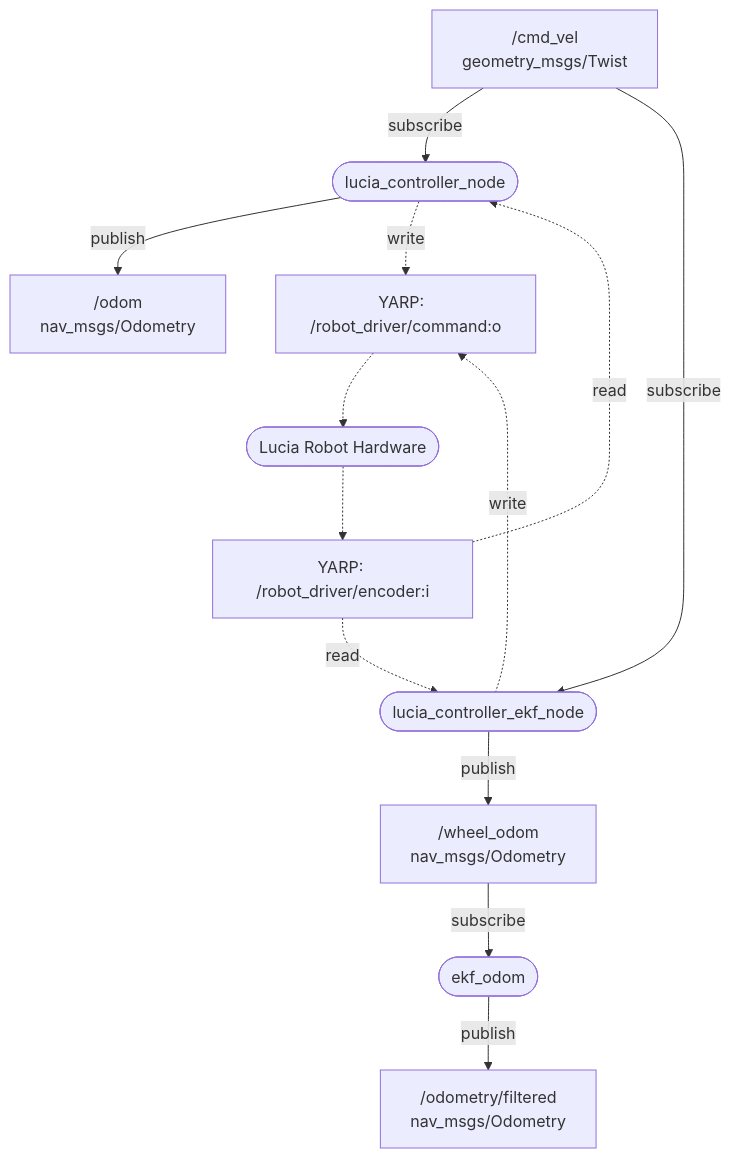
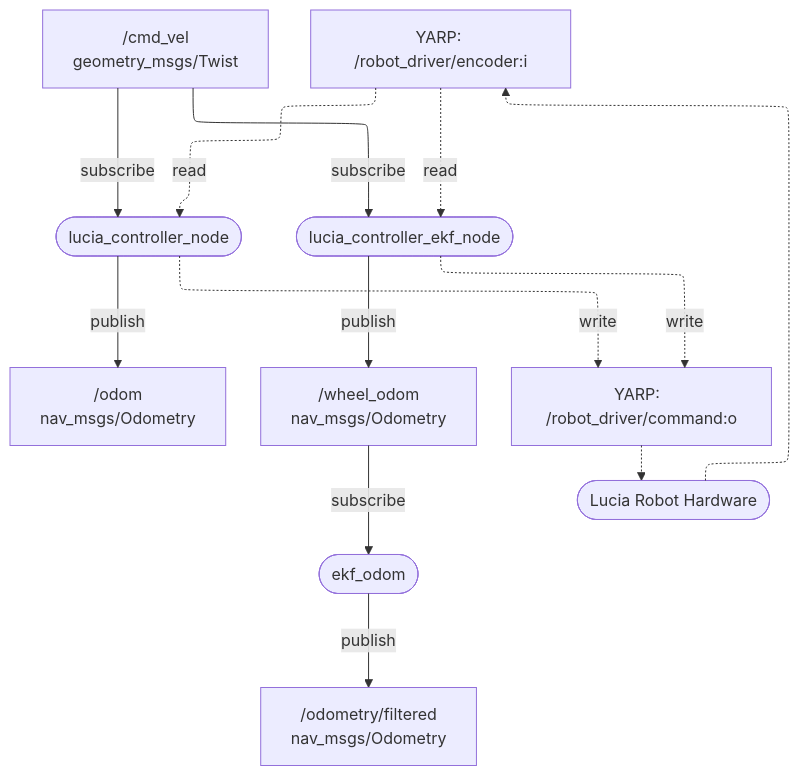
Before and after one commit to iHaruruki/lucia_controller: the diagram in README.md, drawn with Mermaid.

Commit message:
Change flowchart layout from 'dagre' to 'elk'

````diff
--- a/README.md
+++ b/README.md
@@ -36,18 +36,17 @@
 ```mermaid
 ---
 config:
-  layout: dagre
+  layout: elk
 ---
-flowchart TD
-    cmdvel["/cmd_vel<br>geometry_msgs/Twist"]
-    cmdvel -- subscribe --> controller(["lucia_controller_node"]) & controller_ekf(["lucia_controller_ekf_node"])
+flowchart TB
+    cmdvel["/cmd_vel<br>geometry_msgs/Twist"] -- subscribe --> controller(["lucia_controller_node"]) & controller_ekf(["lucia_controller_ekf_node"])
     controller -- publish --> odom["/odom<br>nav_msgs/Odometry"]
     controller_ekf -- publish --> wheelodom["/wheel_odom<br>nav_msgs/Odometry"]
     wheelodom -- subscribe --> ekf_node(["ekf_odom"])
     ekf_node -- publish --> odomfilt["/odometry/filtered<br>nav_msgs/Odometry"]
     controller -. write .-> yarp_cmd["YARP:  /robot_driver/command:o"]
     controller_ekf -. write .-> yarp_cmd
     yarp_cmd -.-> hardware(["Lucia Robot Hardware"])
     hardware -.-> yarp_enc["YARP: /robot_driver/encoder:i"]
     yarp_enc -. read .-> controller & controller_ekf
 ```
````
